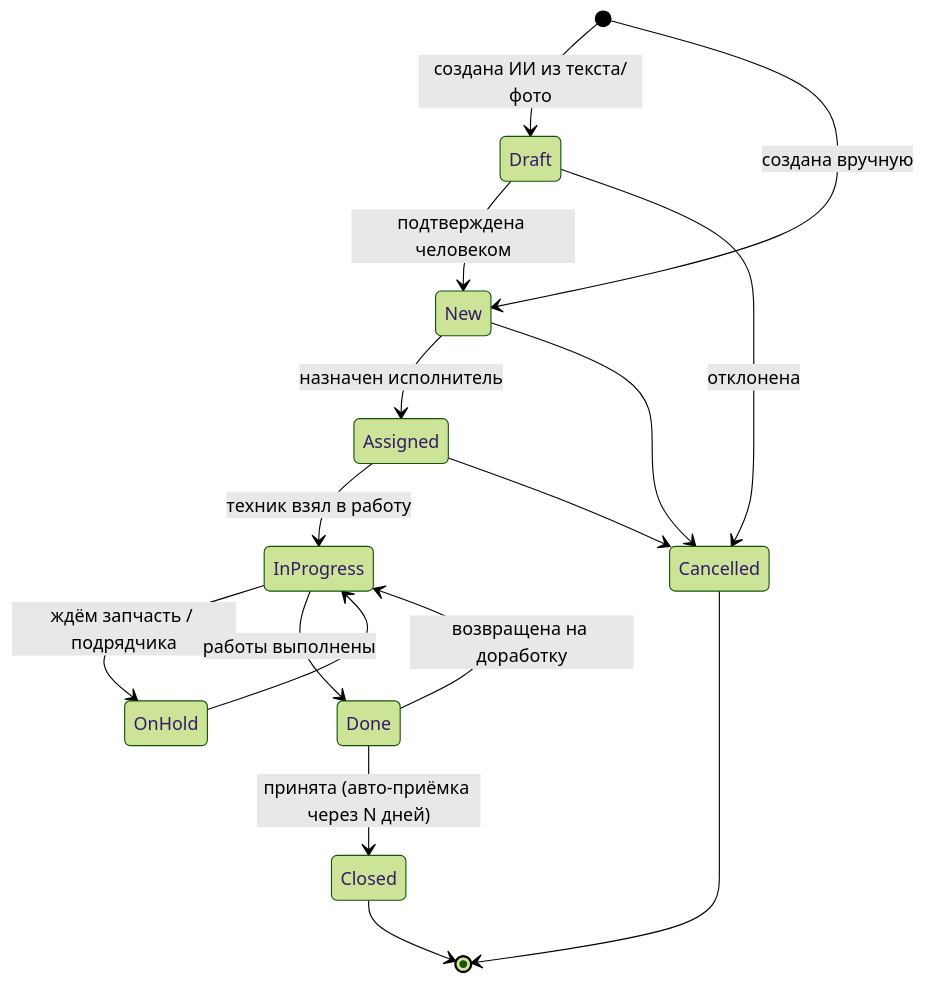
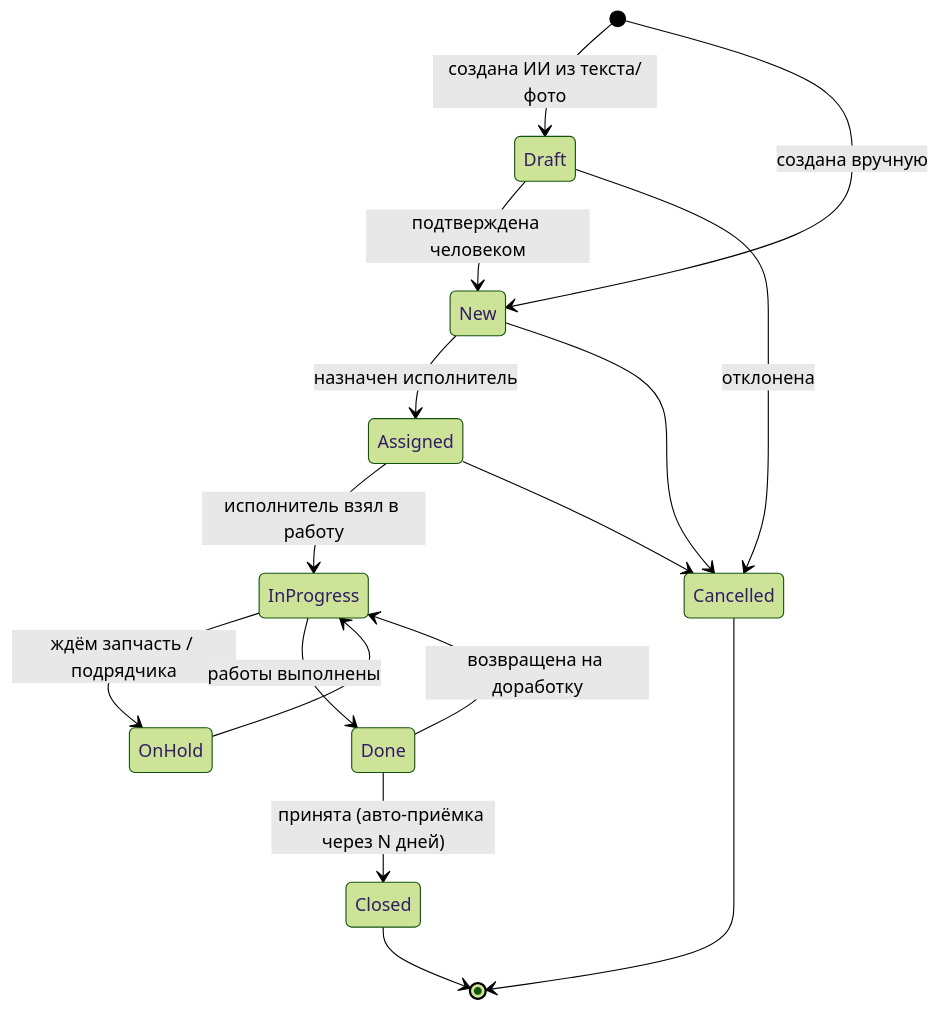
One commit to masterdoc-app/masterdoc changed the third of 8 diagrams in TOIR_AI_SYSTEM_DESIGN.md. Above: the diagram before and after it, drawn with Mermaid (forest theme). The commit also changed other lines of this file, not shown here.

````diff
--- a/TOIR_AI_SYSTEM_DESIGN.md
+++ b/TOIR_AI_SYSTEM_DESIGN.md
@@ -258,18 +258,18 @@
 ```mermaid
 stateDiagram-v2
   [*] --> Draft: создана ИИ из текста/фото
   [*] --> New: создана вручную
   Draft --> New: подтверждена человеком
   Draft --> Cancelled: отклонена
   New --> Assigned: назначен исполнитель
-  Assigned --> InProgress: техник взял в работу
+  Assigned --> InProgress: исполнитель взял в работу
   InProgress --> OnHold: ждём запчасть / подрядчика
   OnHold --> InProgress
   InProgress --> Done: работы выполнены
   Done --> Closed: принята (авто-приёмка через N дней)
   Done --> InProgress: возвращена на доработку
   New --> Cancelled
   Assigned --> Cancelled
   Closed --> [*]
   Cancelled --> [*]
 ```
````
